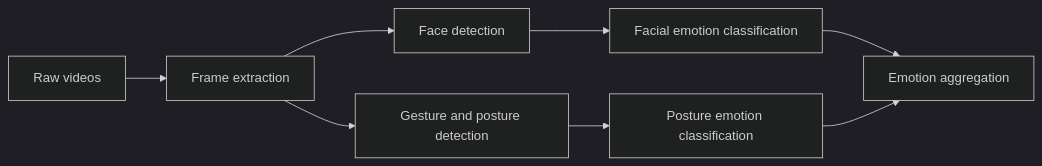
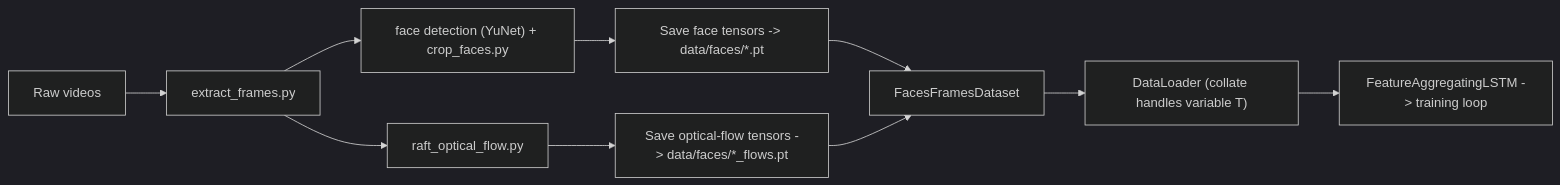
Before and after one commit to MeasureZer0/cspan_congressionalrhetoric_video: the second of 2 diagrams in README.md, drawn with Mermaid (dark theme). The commit also changed other lines of this file, not shown here.

````diff
--- a/README.md
+++ b/README.md
@@ -9,12 +32,11 @@
 ```mermaid
 flowchart LR
-    A[Raw videos] --> B[Frame extraction]
-    B --> C[Face detection]
-    B --> D[Gesture and posture detection]
-    
-    C --> E[Facial emotion classification]
-    D --> F[Posture emotion classification]
-    
-    E --> G[Emotion aggregation]
-    F --> G[Emotion aggregation]
+  RV[Raw videos] --> EF[extract_frames.py]
+  EF --> FD["face detection (YuNet) + crop_faces.py"]
+  FD --> FT[Save face tensors -> data/faces/*.pt]
+  EF --> OF[raft_optical_flow.py]
+  OF --> FT2[Save optical-flow tensors -> data/faces/*_flows.pt]
+  FT & FT2 --> DS[FacesFramesDataset]
+  DS --> DL["DataLoader (collate handles variable T)"]
+  DL --> Model[FeatureAggregatingLSTM -> training loop]
 ```
````
